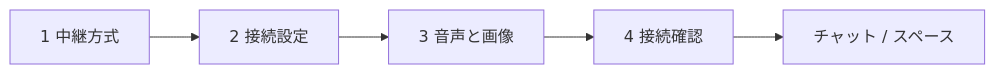
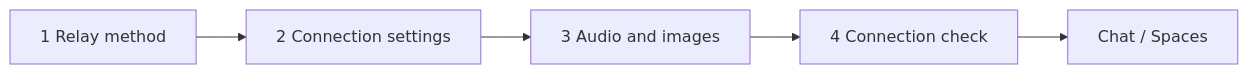
Before and after one commit to 3mintimer/muse-relay: the first of 4 diagrams in docs/ui.md, drawn with Mermaid. The commit also changed other lines of this file and 49 other files, not shown here.

````diff
--- a/docs/ui.md
+++ b/docs/ui.md
@@ -5,7 +7,7 @@
 ```mermaid
 flowchart LR
-  A[1 中継方式] --> B[2 接続設定]
-  B --> C[3 音声と画像]
-  C --> D[4 接続確認]
-  D --> E[チャット / スペース]
+  A[1 Relay method] --> B[2 Connection settings]
+  B --> C[3 Audio and images]
+  C --> D[4 Connection check]
+  D --> E[Chat / Spaces]
 ```
````
